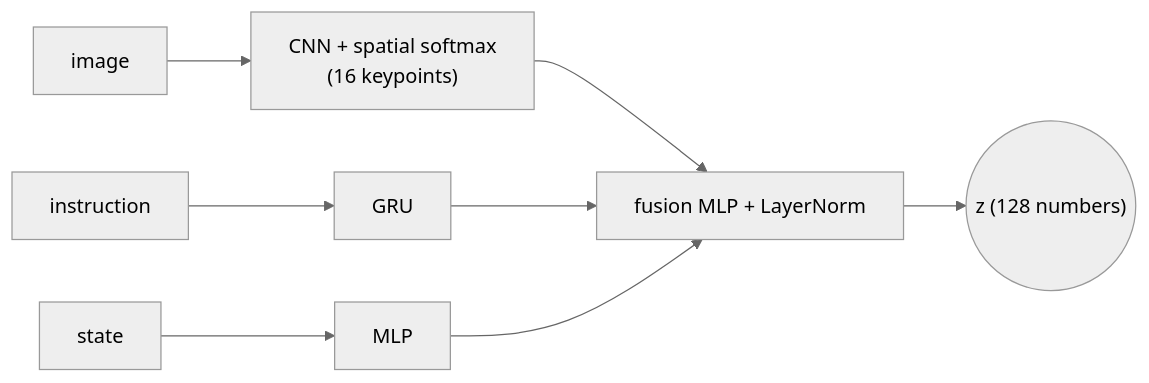
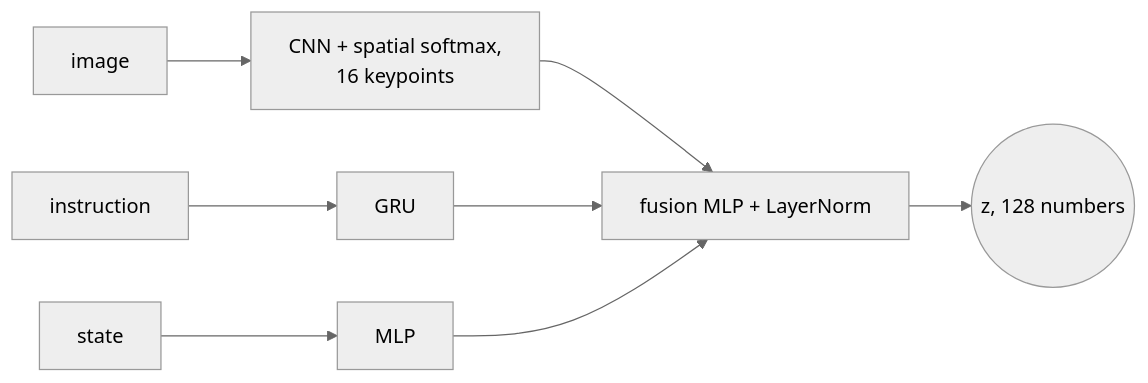
Before and after one commit to keivalya/mini-wam: the third of 4 diagrams in docs/pico-wam-paper.md, drawn with Mermaid (neutral theme). The commit also changed other lines of this file and 5 other files, not shown here.

````diff
--- a/docs/pico-wam-paper.md
+++ b/docs/pico-wam-paper.md
@@ -172,10 +191,10 @@
 ```mermaid
 flowchart LR
-    I[image] --> IE["CNN + spatial softmax<br/>(16 keypoints)"]
+    I[image] --> IE["CNN + spatial softmax,<br/>16 keypoints"]
     L[instruction] --> TE[GRU]
     S[state] --> SE[MLP]
     IE --> F["fusion MLP + LayerNorm"]
     TE --> F
     SE --> F
-    F --> Z(("z (128 numbers)"))
+    F --> Z(("z, 128 numbers"))
 ```
````
